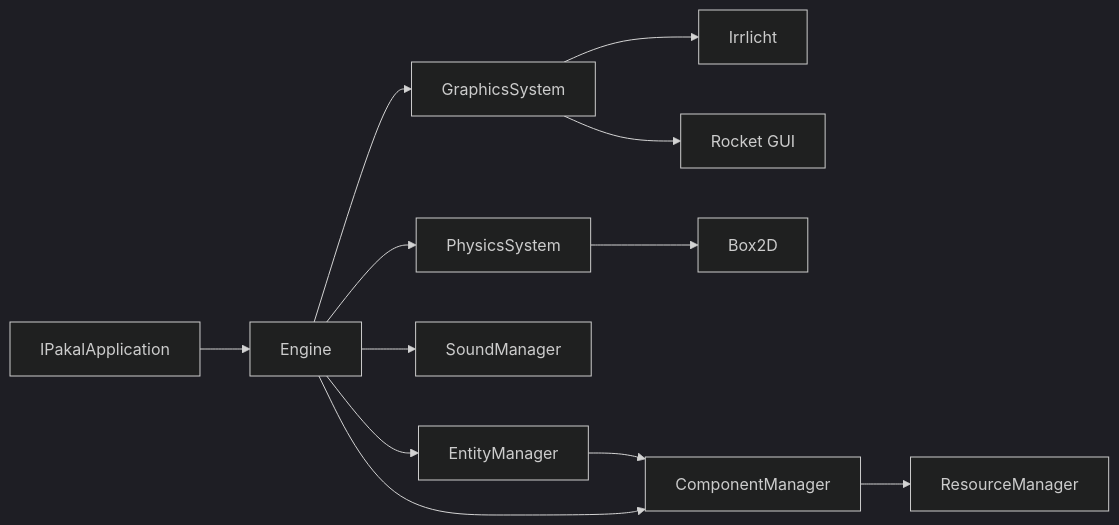
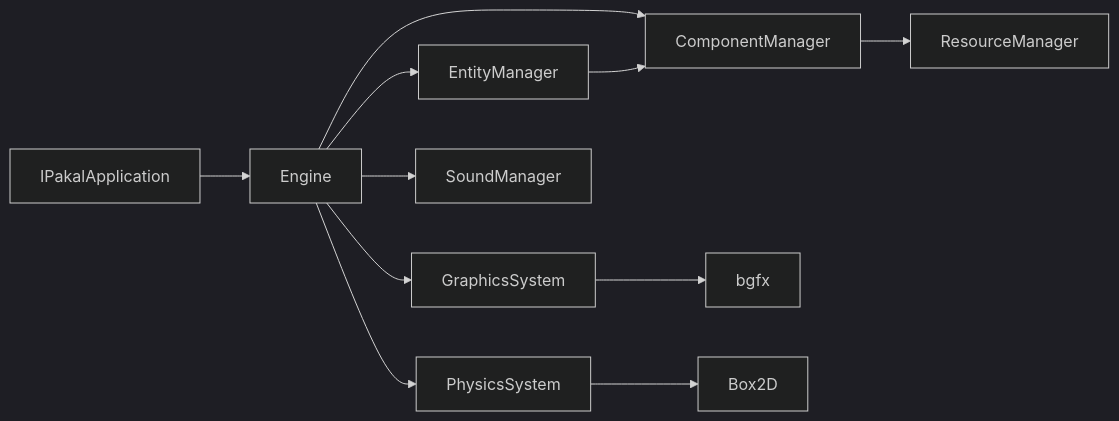
One commit to bacsmar/Pakal changed the diagram in docs/ARCHITECTURE.md. Above: the diagram before and after it, drawn with Mermaid (dark theme). The commit also changed other lines of this file and 585 other files, not shown here.

````diff
--- a/docs/ARCHITECTURE.md
+++ b/docs/ARCHITECTURE.md
@@ -9,14 +9,13 @@
 ```mermaid
 flowchart LR
   A[IPakalApplication] --> B[Engine]
   B --> C[GraphicsSystem]
   B --> D[PhysicsSystem]
   B --> E[SoundManager]
   B --> F[EntityManager]
   B --> G[ComponentManager]
-  C --> H[Irrlicht]
+  C --> H[bgfx]
   D --> I[Box2D]
-  C --> J[Rocket GUI]
   F --> G
   G --> ResourceManager
 ```
````
